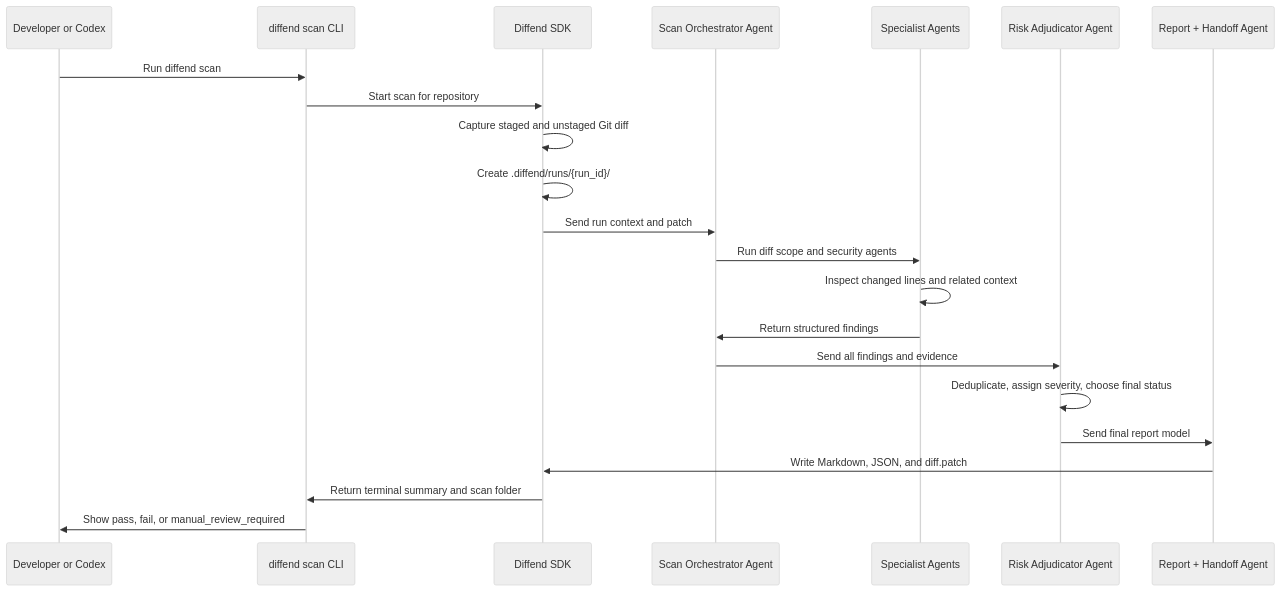
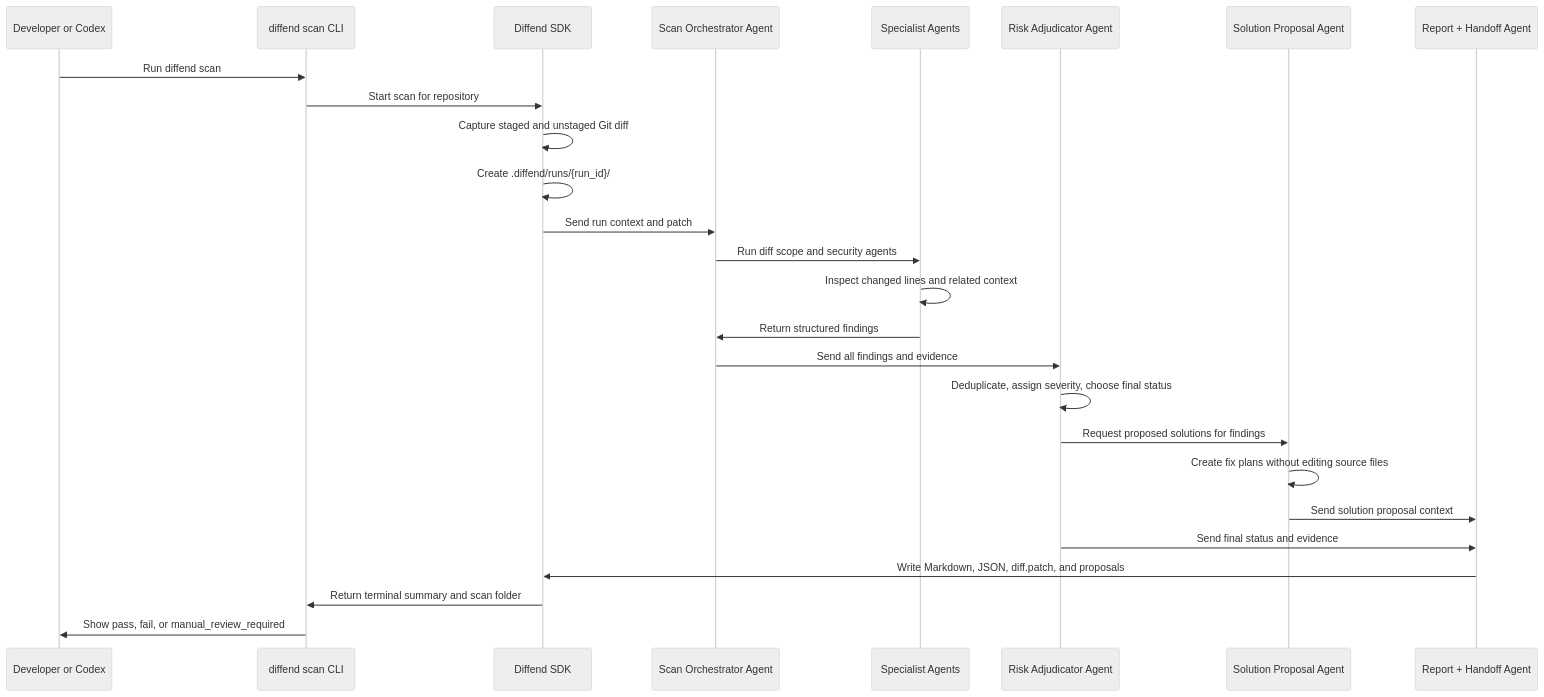
Before and after one commit to VietToan210904/diffend: the second of 2 diagrams in README.md, drawn with Mermaid (neutral theme). The commit also changed other lines of this file, not shown here.

Commit message:
added solution proposal agent

````diff
--- a/README.md
+++ b/README.md
@@ -104,25 +110,29 @@
 ```mermaid
 sequenceDiagram
   participant Dev as Developer or Codex
   participant CLI as diffend scan CLI
   participant SDK as Diffend SDK
   participant Orch as Scan Orchestrator Agent
   participant Agents as Specialist Agents
   participant Adj as Risk Adjudicator Agent
+  participant Sol as Solution Proposal Agent
   participant Report as Report + Handoff Agent
 
   Dev->>CLI: Run diffend scan
   CLI->>SDK: Start scan for repository
   SDK->>SDK: Capture staged and unstaged Git diff
   SDK->>SDK: Create .diffend/runs/{run_id}/
   SDK->>Orch: Send run context and patch
   Orch->>Agents: Run diff scope and security agents
   Agents->>Agents: Inspect changed lines and related context
   Agents->>Orch: Return structured findings
   Orch->>Adj: Send all findings and evidence
   Adj->>Adj: Deduplicate, assign severity, choose final status
-  Adj->>Report: Send final report model
-  Report->>SDK: Write Markdown, JSON, and diff.patch
+  Adj->>Sol: Request proposed solutions for findings
+  Sol->>Sol: Create fix plans without editing source files
+  Sol->>Report: Send solution proposal context
+  Adj->>Report: Send final status and evidence
+  Report->>SDK: Write Markdown, JSON, diff.patch, and proposals
   SDK->>CLI: Return terminal summary and scan folder
   CLI->>Dev: Show pass, fail, or manual_review_required
 ```
````
